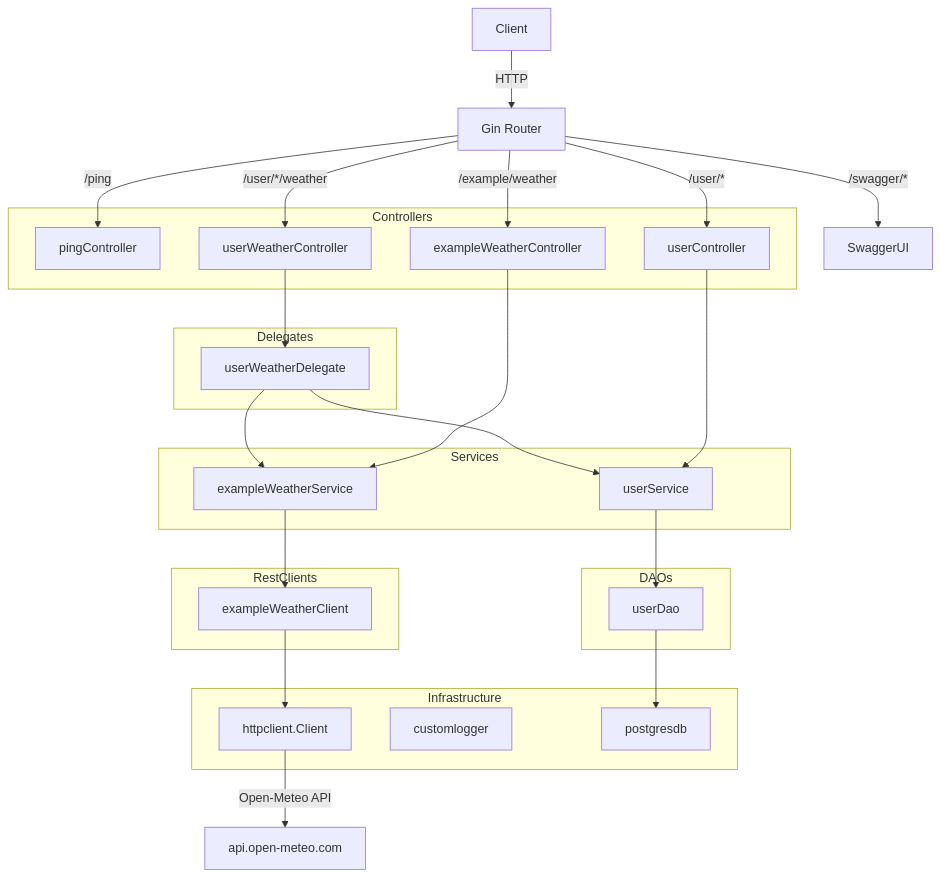
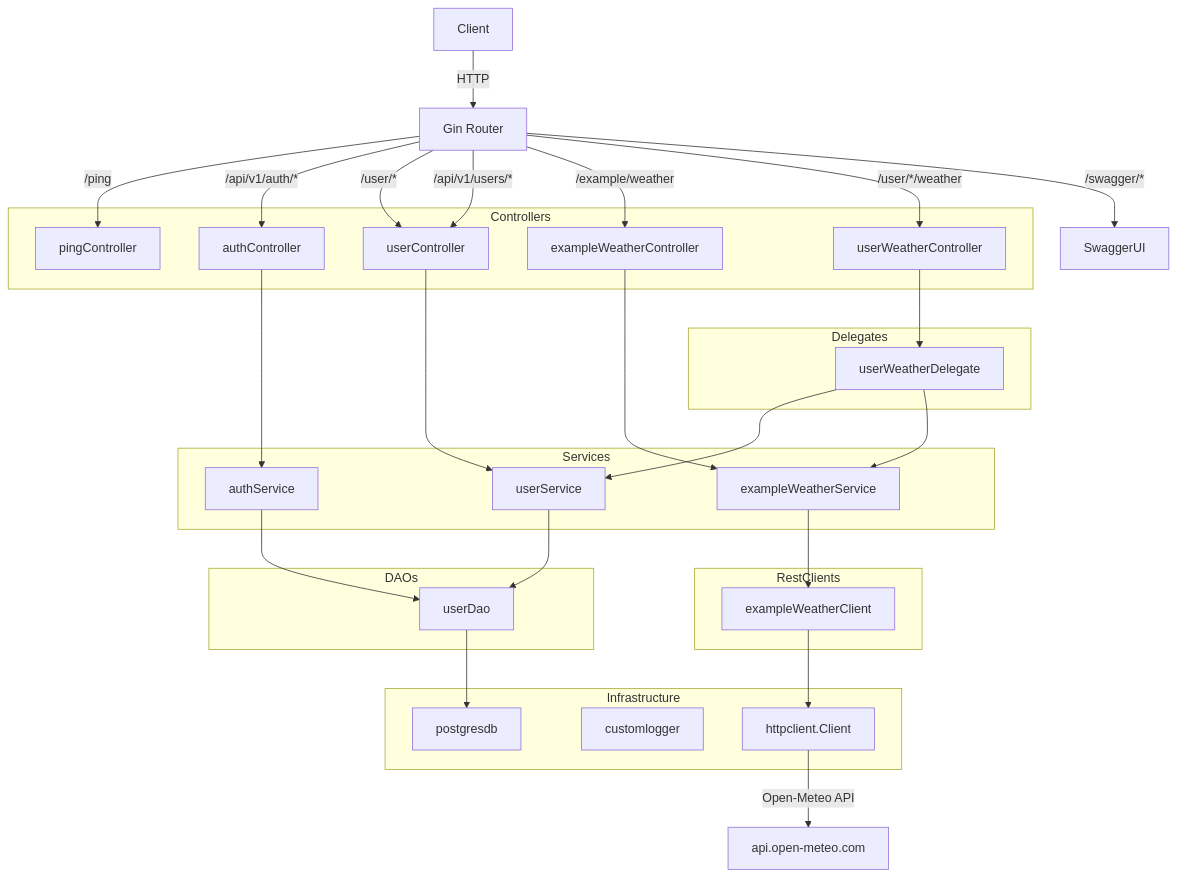
The first of 3 diagrams in README.md (Paceron/paceron-backend), drawn with Mermaid before and after one commit. The commit also changed other lines of this file and 98 other files, not shown here.

````diff
--- a/README.md
+++ b/README.md
@@ -27,51 +31,57 @@
 ```mermaid
 graph TB
     Client[Client] --> |HTTP| Router[Gin Router]
 
     subgraph Controllers
         PingController[pingController]
+        AuthController[authController]
         UserController[userController]
         WeatherController[exampleWeatherController]
         UserWeatherController[userWeatherController]
     end
 
     subgraph Delegates
         UserWeatherDelegate[userWeatherDelegate]
     end
 
     subgraph Services
+        AuthService[authService]
         UserService[userService]
         WeatherService[exampleWeatherService]
     end
 
     subgraph DAOs
         UserDAO[userDao]
     end
 
     subgraph RestClients
         WeatherClient[exampleWeatherClient]
     end
 
     subgraph Infrastructure
         HTTPClient[httpclient.Client]
         Logger[customlogger]
         DB[postgresdb]
     end
 
     Router --> |/ping| PingController
+    Router --> |/api/v1/auth/*| AuthController
     Router --> |/user/*| UserController
+    Router --> |/api/v1/users/*| UserController
     Router --> |/example/weather| WeatherController
     Router --> |/user/*/weather| UserWeatherController
     Router --> |/swagger/*| SwaggerUI
 
     UserWeatherController --> UserWeatherDelegate
     UserWeatherDelegate --> UserService
     UserWeatherDelegate --> WeatherService
+    AuthController --> AuthService
     UserController --> UserService
     WeatherController --> WeatherService
+    AuthService --> UserDAO
     UserService --> UserDAO
     UserDAO --> DB
     WeatherService --> WeatherClient
     WeatherClient --> HTTPClient
     HTTPClient --> |Open-Meteo API| ExternalAPI[api.open-meteo.com]
 ```
````
